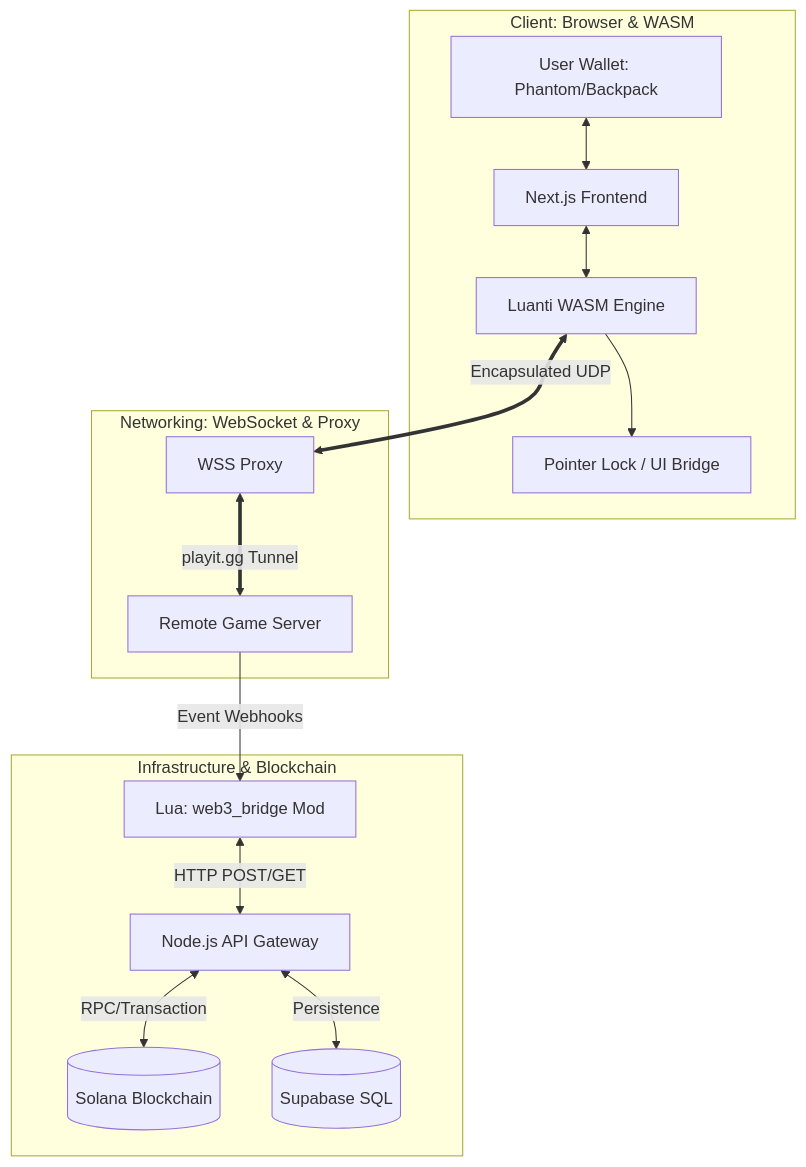
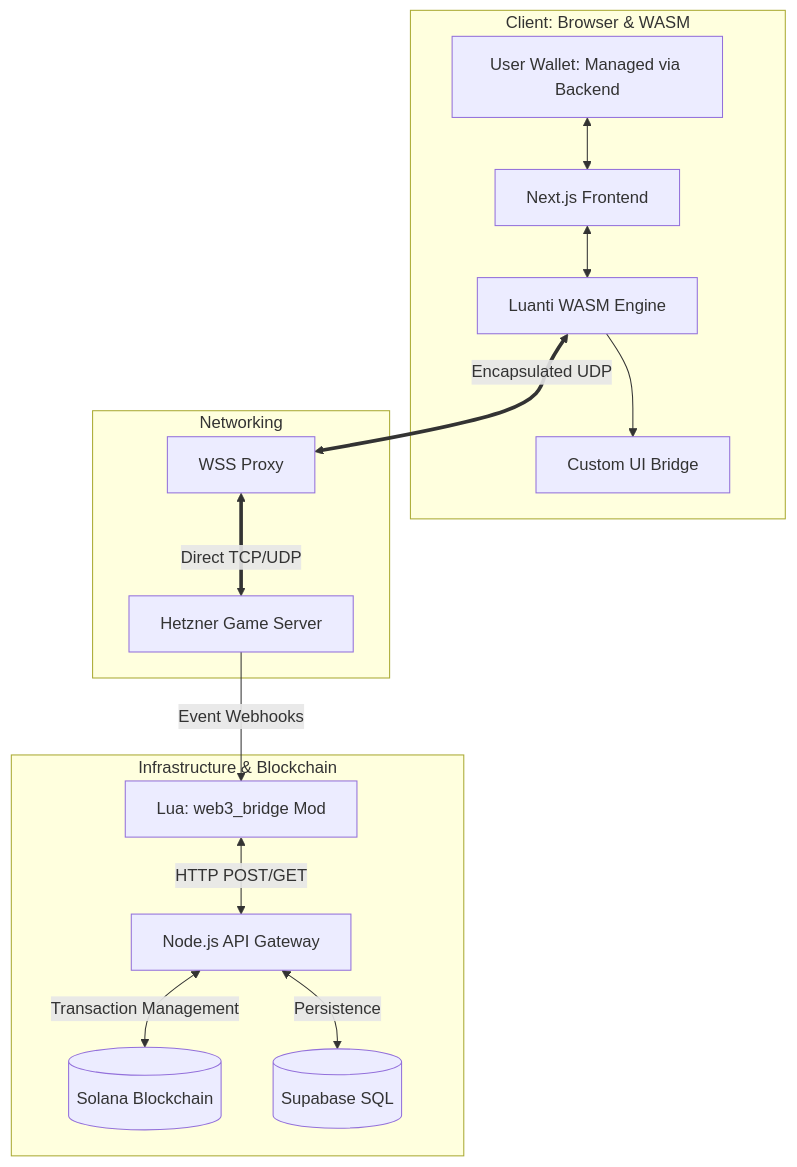
Before and after one commit to AragonCrypto/Solcraft: the diagram in README.md, drawn with Mermaid. The commit also changed other lines of this file, not shown here.

````diff
--- a/README.md
+++ b/README.md
@@ -13,20 +13,20 @@
 ```mermaid
 graph TD
     subgraph Client_Layer [Client: Browser & WASM]
-        A[User Wallet: Phantom/Backpack] <--> B[Next.js Frontend]
+        A[User Wallet: Managed via Backend] <--> B[Next.js Frontend]
         B <--> C[Luanti WASM Engine]
-        C --> D[Pointer Lock / UI Bridge]
+        C --> D[Custom UI Bridge]
     end
 
-    subgraph Transport_Layer [Networking: WebSocket & Proxy]
+    subgraph Transport_Layer [Networking]
         C <==>|Encapsulated UDP| E[WSS Proxy]
-        E <==>|playit.gg Tunnel| F[Remote Game Server]
+        E <==>|Direct TCP/UDP| F[Hetzner Game Server]
     end
 
     subgraph Backend_Layer [Infrastructure & Blockchain]
         F -->|Event Webhooks| G[Lua: web3_bridge Mod]
         G <-->|HTTP POST/GET| H[Node.js API Gateway]
-        H <-->|RPC/Transaction| I[(Solana Blockchain)]
+        H <-->|Transaction Management| I[(Solana Blockchain)]
         H <-->|Persistence| J[(Supabase SQL)]
     end
 ```
````
